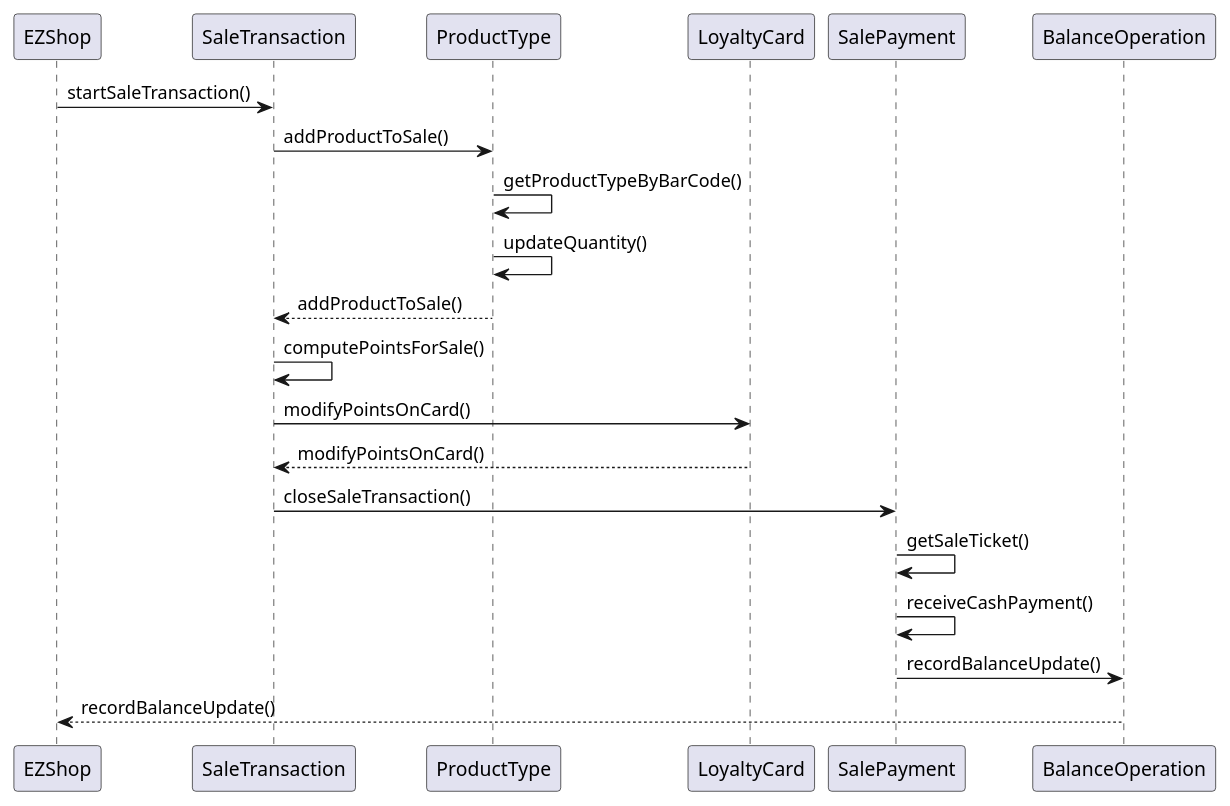
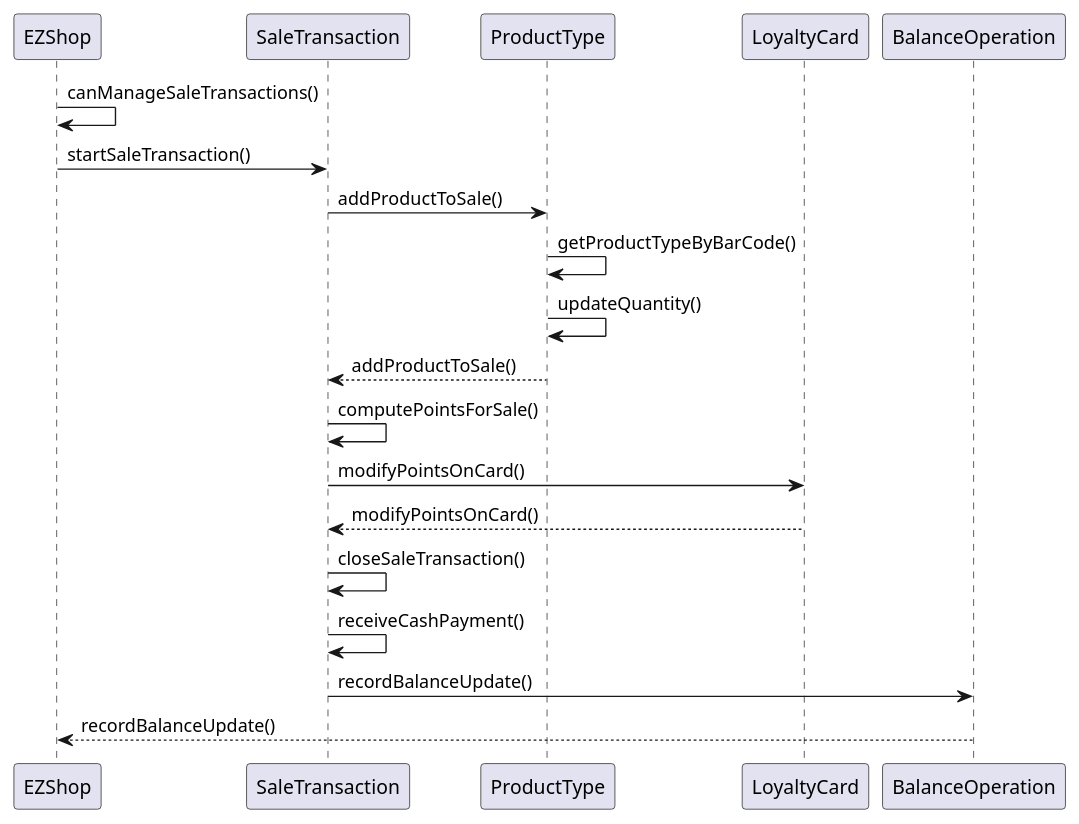
The third of 4 diagrams in Deliverables/DesignDocument.md (gioele-scaletta/EZShop-Software-Engineering-Project), drawn with PlantUML before and after one commit. The commit also changed other lines of this file and 1 other file, not shown here.

````diff
--- a/Deliverables/DesignDocument.md
+++ b/Deliverables/DesignDocument.md
@@ -297,23 +296,23 @@
 ```plantuml
 participant EZShop as 1
 participant SaleTransaction as 2
 participant ProductType as 3
 participant LoyaltyCard as 4
-participant SalePayment as 5
+''participant SalePayment as 5
 participant BalanceOperation as 6
 
+1->1 : canManageSaleTransactions()
 1->2 : startSaleTransaction()
 2->3 : addProductToSale()
 3->3 : getProductTypeByBarCode()
 3->3 : updateQuantity()
 3-->2 : addProductToSale()
 2->2 : computePointsForSale()
 2->4 : modifyPointsOnCard()
 4-->2 : modifyPointsOnCard()
-2->5 : closeSaleTransaction()
-5->5 : getSaleTicket()
-5->5 : receiveCashPayment()
-5->6 : recordBalanceUpdate()
+2->2 : closeSaleTransaction()
+''4->4 : getSaleTransaction()
+2->2 : receiveCashPayment()
+2->6 : recordBalanceUpdate()
 6-->1 : recordBalanceUpdate()
-
 ```
````
